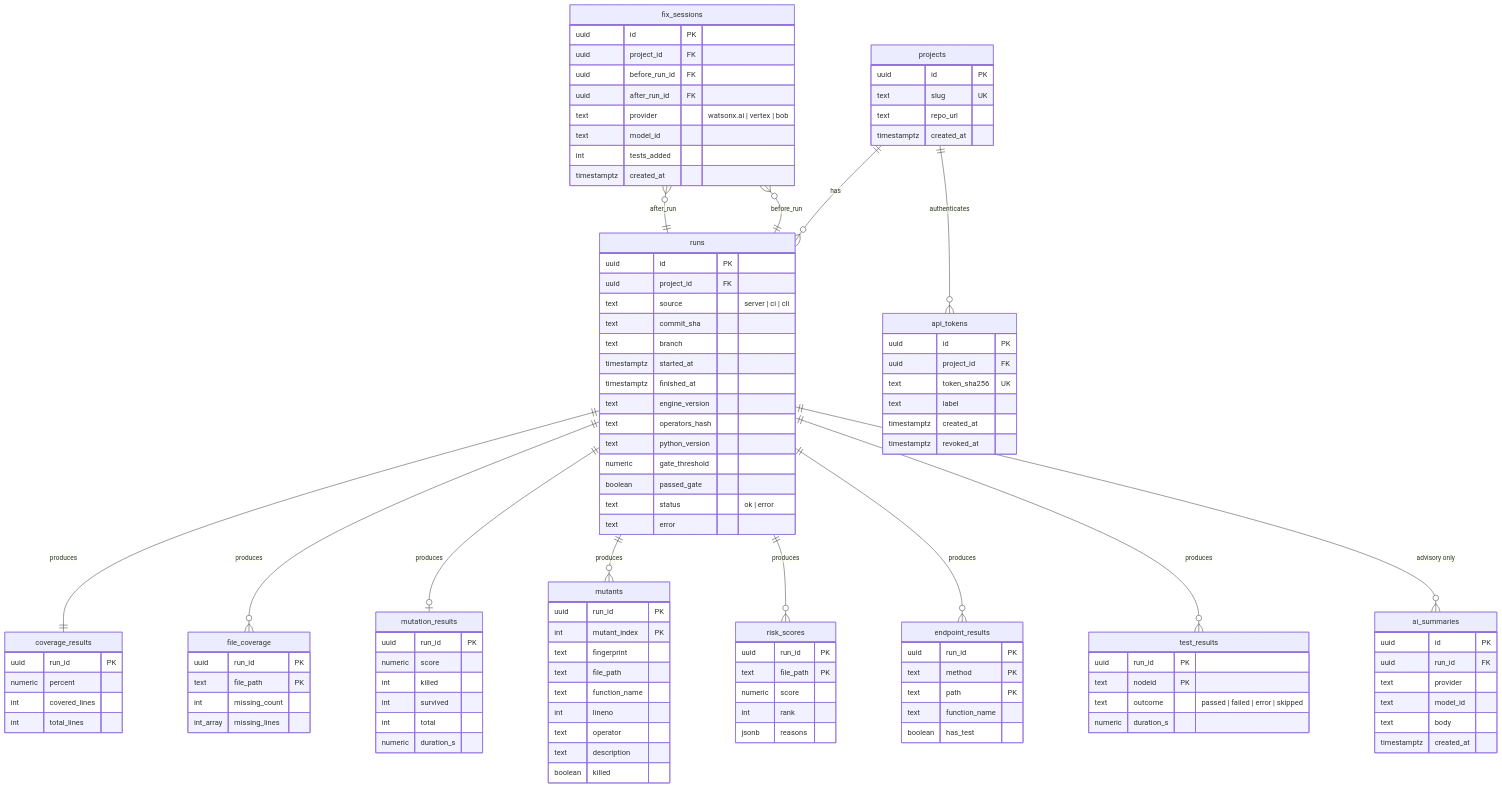
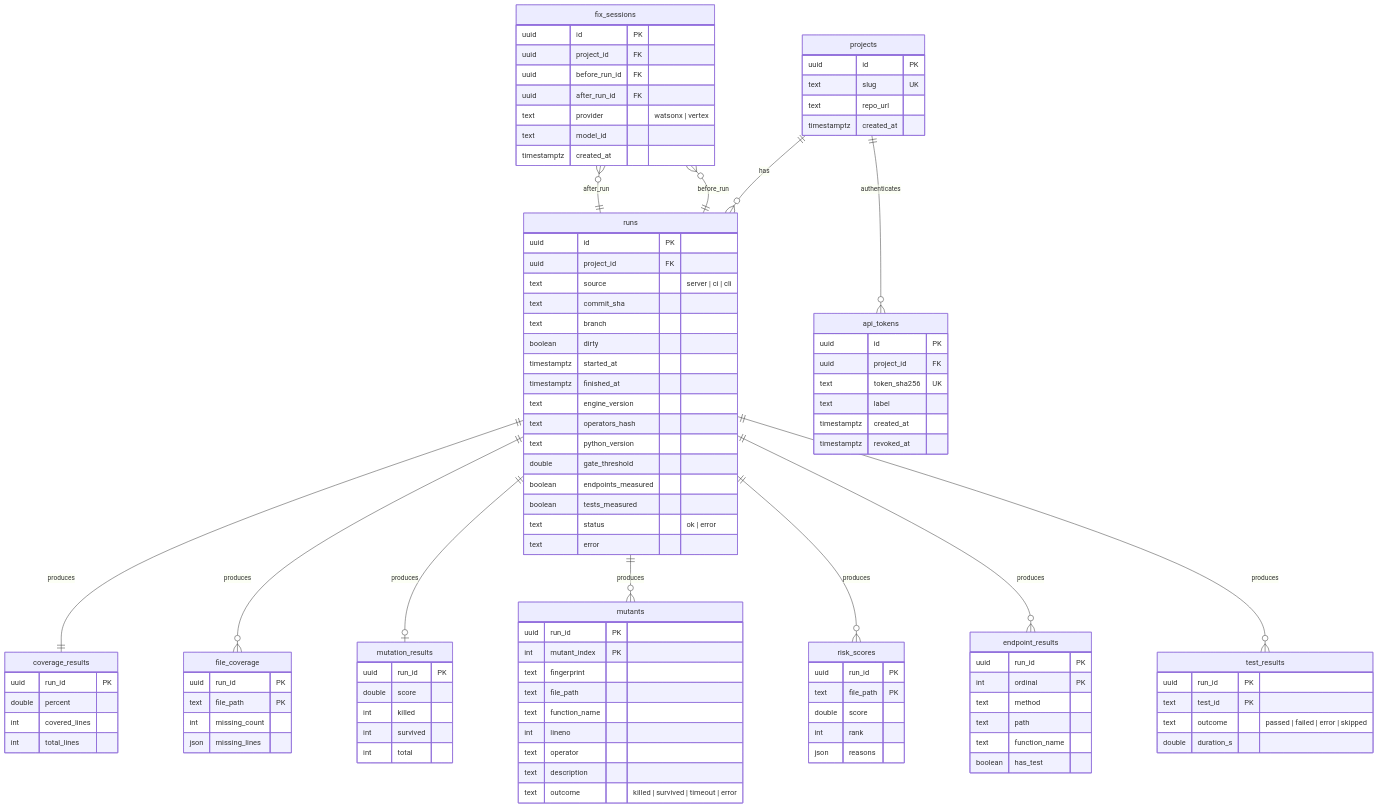
Before and after one commit to agustindiazcano/ibm-bob-mcp-agent-guard: the second of 2 diagrams in docs/DATA_PLATFORM.md, drawn with Mermaid. The commit also changed other lines of this file and 3 other files, not shown here.

````diff
--- a/docs/DATA_PLATFORM.md
+++ b/docs/DATA_PLATFORM.md
@@ -124,7 +146,6 @@
     runs ||--o{ risk_scores : produces
     runs ||--o{ endpoint_results : produces
     runs ||--o{ test_results : produces
-    runs ||--o{ ai_summaries : "advisory only"
     fix_sessions }o--|| runs : before_run
     fix_sessions }o--|| runs : after_run
 
@@ -148,19 +169,21 @@
         text source "server | ci | cli"
         text commit_sha
         text branch
+        boolean dirty
         timestamptz started_at
         timestamptz finished_at
         text engine_version
         text operators_hash
         text python_version
-        numeric gate_threshold
-        boolean passed_gate
+        double gate_threshold
+        boolean endpoints_measured
+        boolean tests_measured
         text status "ok | error"
         text error
     }
     coverage_results {
         uuid run_id PK
-        numeric percent
+        double percent
         int covered_lines
         int total_lines
     }
@@ -168,15 +191,14 @@
         uuid run_id PK
         text file_path PK
         int missing_count
-        int_array missing_lines
+        json missing_lines
     }
     mutation_results {
         uuid run_id PK
-        numeric score
+        double score
         int killed
         int survived
         int total
-        numeric duration_s
     }
     mutants {
         uuid run_id PK
@@ -187,44 +209,36 @@
         int lineno
         text operator
         text description
-        boolean killed
+        text outcome "killed | survived | timeout | error"
     }
     risk_scores {
         uuid run_id PK
         text file_path PK
-        numeric score
+        double score
         int rank
-        jsonb reasons
+        json reasons
     }
     endpoint_results {
         uuid run_id PK
-        text method PK
-        text path PK
+        int ordinal PK
+        text method
+        text path
         text function_name
         boolean has_test
     }
     test_results {
         uuid run_id PK
-        text nodeid PK
+        text test_id PK
         text outcome "passed | failed | error | skipped"
-        numeric duration_s
+        double duration_s
     }
     fix_sessions {
         uuid id PK
         uuid project_id FK
         uuid before_run_id FK
         uuid after_run_id FK
-        text provider "watsonx.ai | vertex | bob"
+        text provider "watsonx | vertex"
         text model_id
-        int tests_added
-        timestamptz created_at
-    }
-    ai_summaries {
-        uuid id PK
-        uuid run_id FK
-        text provider
-        text model_id
-        text body
         timestamptz created_at
     }
 ```
````
